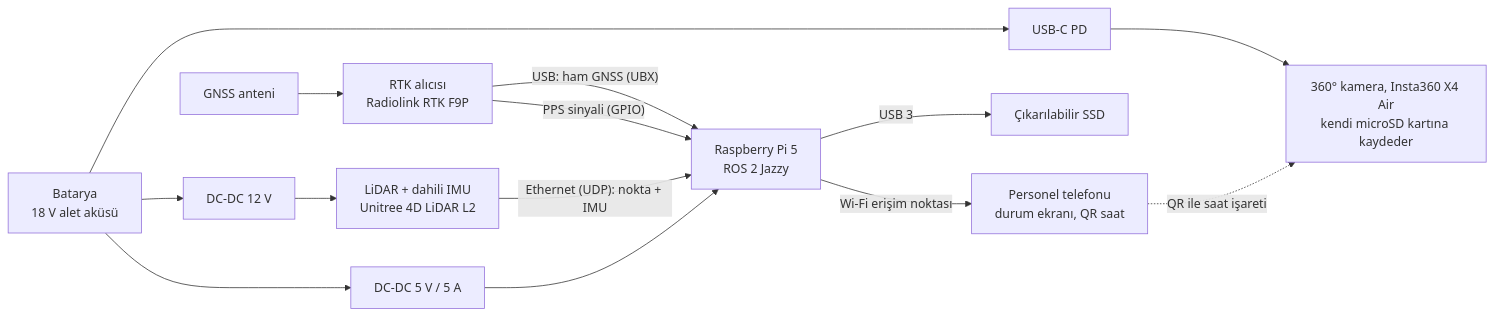
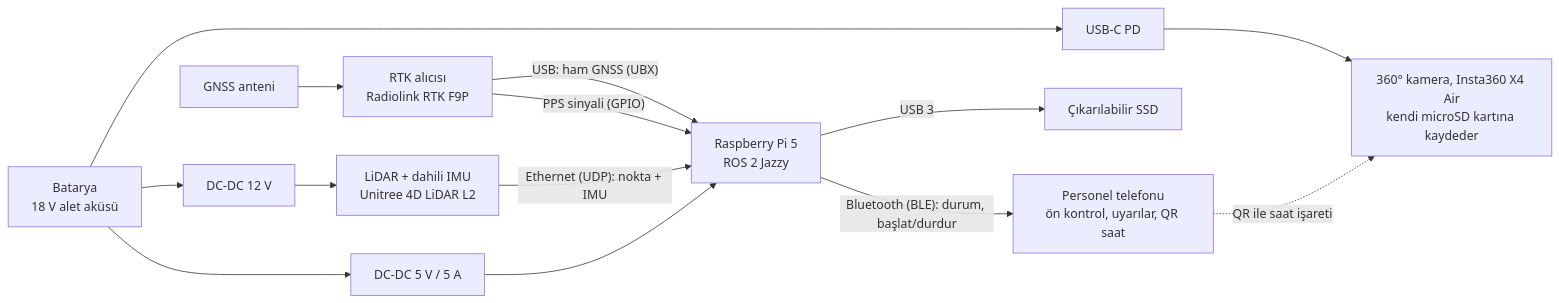
Before and after one commit to yusuftiryaki/orchadOS: the diagram in docs/tarama-kiti.md, drawn with Mermaid. The commit also changed other lines of this file and 3 other files, not shown here.

````diff
--- a/docs/tarama-kiti.md
+++ b/docs/tarama-kiti.md
@@ -13,16 +15,16 @@
 ```mermaid
 flowchart LR
     BAT["Batarya<br/>18 V alet aküsü"] --> DC12["DC-DC 12 V"]
     BAT --> DC5["DC-DC 5 V / 5 A"]
     BAT --> PD["USB-C PD"]
     ANT["GNSS anteni"] --> F9P["RTK alıcısı<br/>Radiolink RTK F9P"]
     F9P -- "USB: ham GNSS (UBX)" --> PI["Raspberry Pi 5<br/>ROS 2 Jazzy"]
     F9P -- "PPS sinyali (GPIO)" --> PI
     LID["LiDAR + dahili IMU<br/>Unitree 4D LiDAR L2"] -- "Ethernet (UDP): nokta + IMU" --> PI
     DC12 --> LID
     DC5 --> PI
     PI -- "USB 3" --> SSD["Çıkarılabilir SSD"]
-    PI -- "Wi-Fi erişim noktası" --> TEL["Personel telefonu<br/>durum ekranı, QR saat"]
+    PI -- "Bluetooth (BLE): durum, başlat/durdur" --> TEL["Personel telefonu<br/>ön kontrol, uyarılar, QR saat"]
     PD --> CAM["360° kamera, Insta360 X4 Air<br/>kendi microSD kartına kaydeder"]
     TEL -. "QR ile saat işareti" .-> CAM
 ```
````
